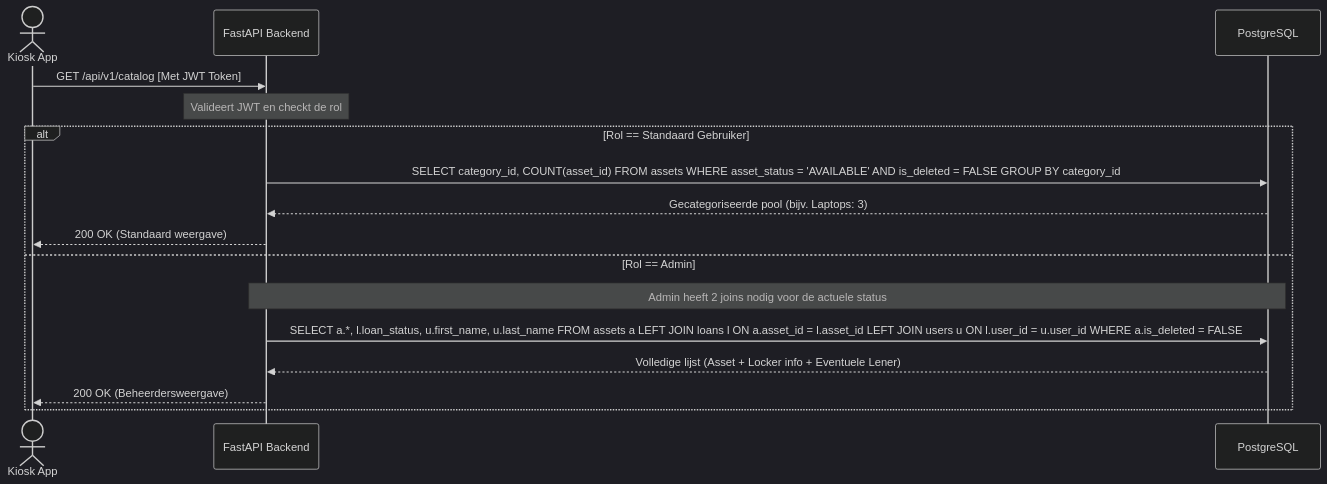
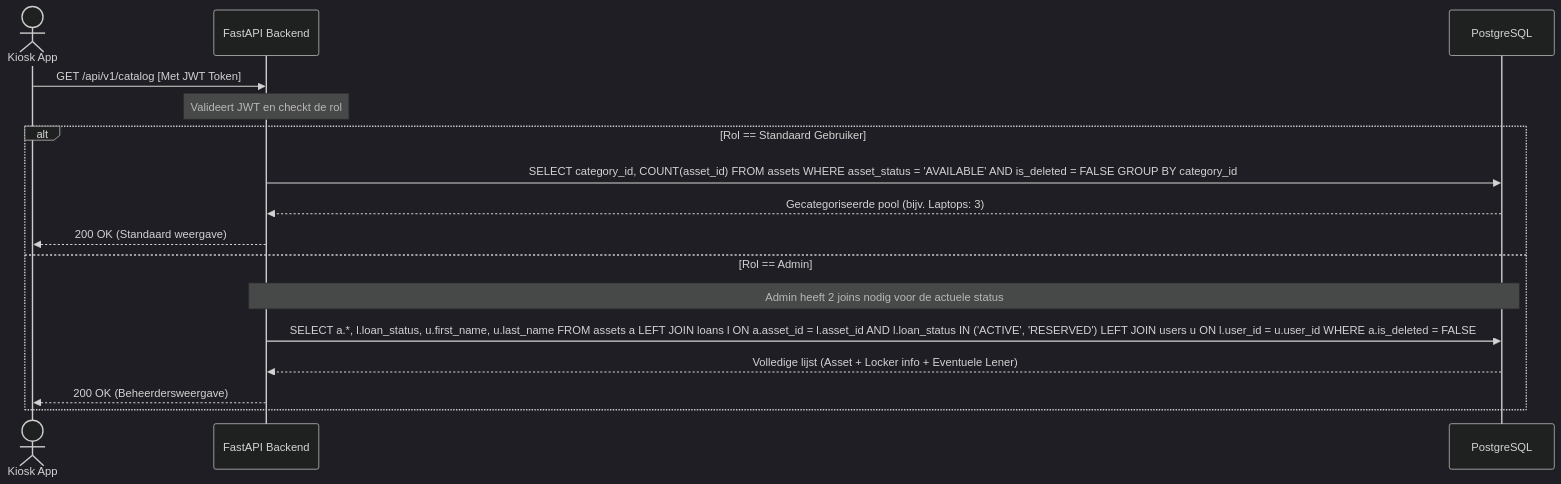
The diagram in docs/diagrams/sequence_catalog.mmd (easylend-practice-enterprise/easylend), drawn with Mermaid (dark theme) before and after one commit. The commit also changed 1 other file, not shown here.

Commit message:
docs: fix missing WHERE clauses and correct LEFT JOIN logic in sequence diagrams

```diff
--- a/docs/diagrams/sequence_catalog.mmd
+++ b/docs/diagrams/sequence_catalog.mmd
@@ -1,18 +1,18 @@
 sequenceDiagram
     actor Client as Kiosk App
     participant API as FastAPI Backend
     participant DB as PostgreSQL
 
     Client->>API: GET /api/v1/catalog [Met JWT Token]
     Note over API: Valideert JWT en checkt de rol
 
     alt Rol == Standaard Gebruiker
         API->>DB: SELECT category_id, COUNT(asset_id) FROM assets WHERE asset_status = 'AVAILABLE' AND is_deleted = FALSE GROUP BY category_id
         DB-->>API: Gecategoriseerde pool (bijv. Laptops: 3)
         API-->>Client: 200 OK (Standaard weergave)
     else Rol == Admin
         Note over API,DB: Admin heeft 2 joins nodig voor de actuele status
-        API->>DB: SELECT a.*, l.loan_status, u.first_name, u.last_name FROM assets a LEFT JOIN loans l ON a.asset_id = l.asset_id LEFT JOIN users u ON l.user_id = u.user_id WHERE a.is_deleted = FALSE
+        API->>DB: SELECT a.*, l.loan_status, u.first_name, u.last_name FROM assets a LEFT JOIN loans l ON a.asset_id = l.asset_id AND l.loan_status IN ('ACTIVE', 'RESERVED') LEFT JOIN users u ON l.user_id = u.user_id WHERE a.is_deleted = FALSE
         DB-->>API: Volledige lijst (Asset + Locker info + Eventuele Lener)
         API-->>Client: 200 OK (Beheerdersweergave)
     end
```
